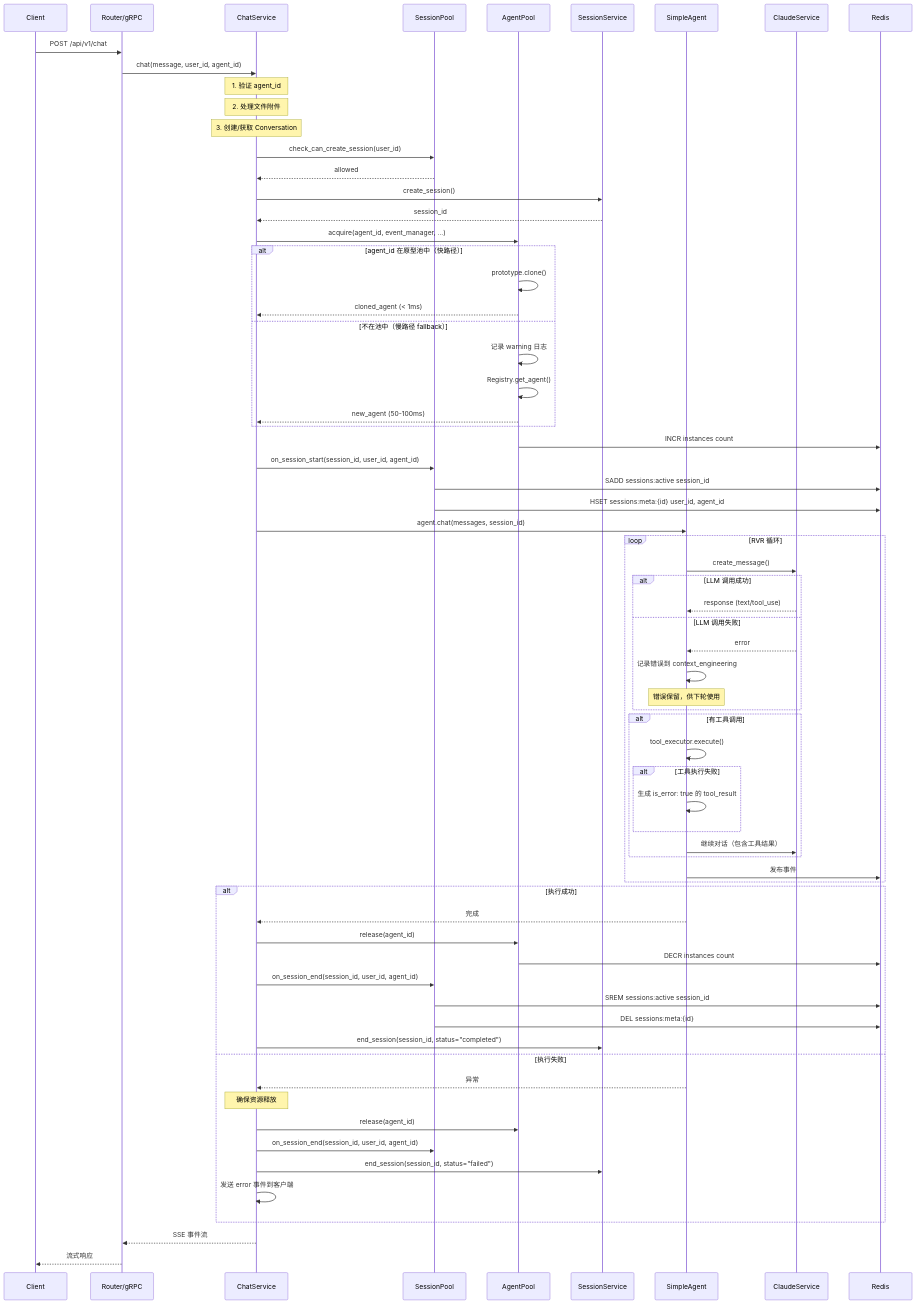
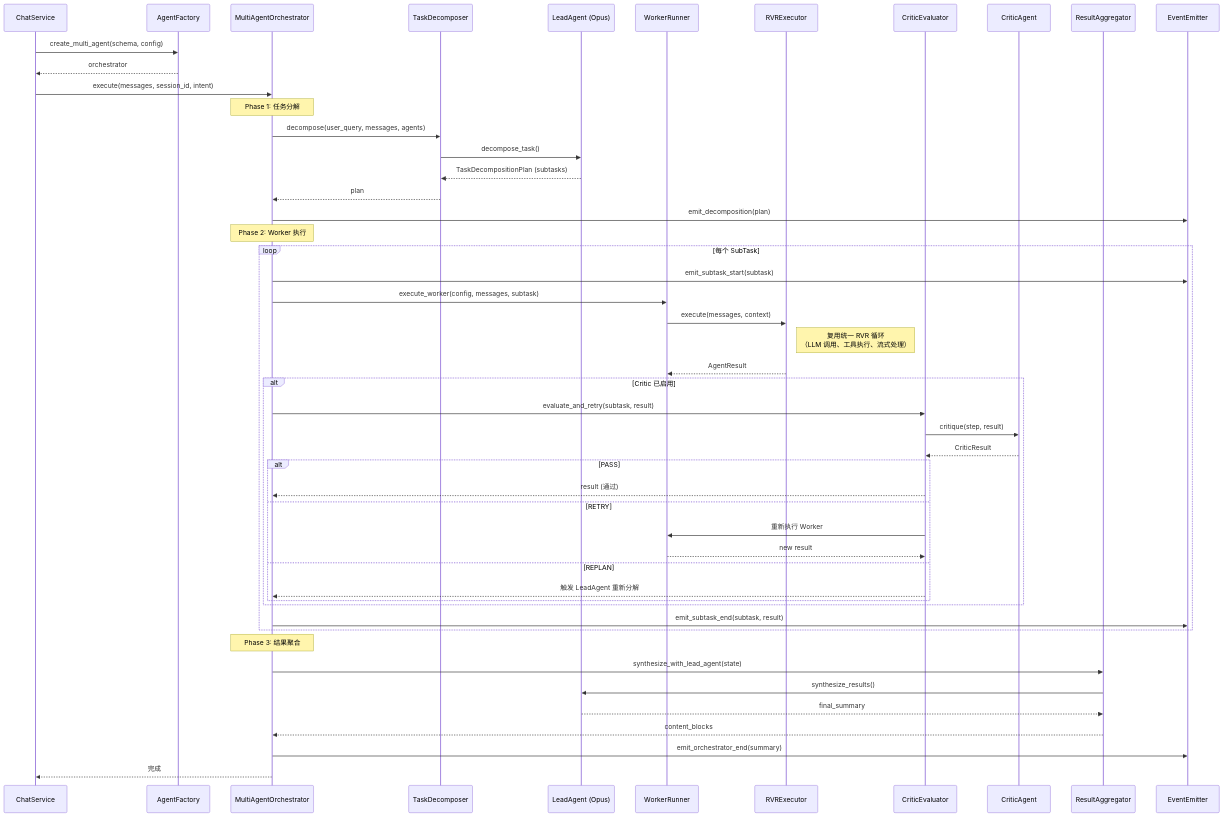
Before and after one commit to malue-ai/dazee-small: the third of 6 diagrams in docs/architecture/SYSTEM_ARCHITECTURE.md, drawn with Mermaid. The commit also changed other lines of this file and 704 other files, not shown here.

````diff
--- a/docs/architecture/SYSTEM_ARCHITECTURE.md
+++ b/docs/architecture/SYSTEM_ARCHITECTURE.md
@@ -355,86 +519,60 @@
 ```mermaid
 sequenceDiagram
-    participant C as Client
-    participant R as Router/gRPC
     participant CS as ChatService
-    participant SP as SessionPool
-    participant AP as AgentPool
-    participant SS as SessionService
-    participant SA as SimpleAgent
-    participant LLM as ClaudeService
-    participant Redis as Redis
+    participant Factory as AgentFactory
+    participant Orch as MultiAgentOrchestrator
+    participant TD as TaskDecomposer
+    participant Lead as LeadAgent (Opus)
+    participant WR as WorkerRunner
+    participant RVR as RVRExecutor
+    participant CE as CriticEvaluator
+    participant Critic as CriticAgent
+    participant RA as ResultAggregator
+    participant EE as EventEmitter
 
-    C->>R: POST /api/v1/chat
-    R->>CS: chat(message, user_id, agent_id)
-    
-    Note over CS: 1. 验证 agent_id
-    Note over CS: 2. 处理文件附件
-    Note over CS: 3. 创建/获取 Conversation
-    
-    CS->>SP: check_can_create_session(user_id)
-    SP-->>CS: allowed
-    
-    CS->>SS: create_session()
-    SS-->>CS: session_id
-    
-    CS->>AP: acquire(agent_id, event_manager, ...)
-    
-    alt agent_id 在原型池中（快路径）
-        AP->>AP: prototype.clone()
-        AP-->>CS: cloned_agent (< 1ms)
-    else 不在池中（慢路径 fallback）
-        AP->>AP: 记录 warning 日志
-        AP->>AP: Registry.get_agent()
-        AP-->>CS: new_agent (50-100ms)
+    CS->>Factory: create_multi_agent(schema, config)
+    Factory-->>CS: orchestrator
+
+    CS->>Orch: execute(messages, session_id, intent)
+
+    Note over Orch: Phase 1: 任务分解
+    Orch->>TD: decompose(user_query, messages, agents)
+    TD->>Lead: decompose_task()
+    Lead-->>TD: TaskDecompositionPlan (subtasks)
+    TD-->>Orch: plan
+    Orch->>EE: emit_decomposition(plan)
+
+    Note over Orch: Phase 2: Worker 执行
+    loop 每个 SubTask
+        Orch->>EE: emit_subtask_start(subtask)
+        Orch->>WR: execute_worker(config, messages, subtask)
+        WR->>RVR: execute(messages, context)
+        Note right of RVR: 复用统一 RVR 循环<br/>（LLM 调用、工具执行、流式处理）
+        RVR-->>WR: AgentResult
+
+        alt Critic 已启用
+            Orch->>CE: evaluate_and_retry(subtask, result)
+            CE->>Critic: critique(step, result)
+            Critic-->>CE: CriticResult
+            alt PASS
+                CE-->>Orch: result (通过)
+            else RETRY
+                CE->>WR: 重新执行 Worker
+                WR-->>CE: new result
+            else REPLAN
+                CE-->>Orch: 触发 LeadAgent 重新分解
+            end
+        end
+
+        Orch->>EE: emit_subtask_end(subtask, result)
     end
-    
-    AP->>Redis: INCR instances count
-    
-    CS->>SP: on_session_start(session_id, user_id, agent_id)
-    SP->>Redis: SADD sessions:active session_id
-    SP->>Redis: HSET sessions:meta:{id} user_id, agent_id
-    
-    CS->>SA: agent.chat(messages, session_id)
-    
-    loop RVR 循环
-        SA->>LLM: create_message()
-        
-        alt LLM 调用成功
-            LLM-->>SA: response (text/tool_use)
-        else LLM 调用失败
-            LLM-->>SA: error
-            SA->>SA: 记录错误到 context_engineering
-            Note over SA: 错误保留，供下轮使用
-        end
-        
-        alt 有工具调用
-            SA->>SA: tool_executor.execute()
-            alt 工具执行失败
-                SA->>SA: 生成 is_error: true 的 tool_result
-            end
-            SA->>LLM: 继续对话（包含工具结果）
-        end
-        
-        SA->>Redis: 发布事件
-    end
-    
-    alt 执行成功
-        SA-->>CS: 完成
-        CS->>AP: release(agent_id)
-        AP->>Redis: DECR instances count
-        CS->>SP: on_session_end(session_id, user_id, agent_id)
-        SP->>Redis: SREM sessions:active session_id
-        SP->>Redis: DEL sessions:meta:{id}
-        CS->>SS: end_session(session_id, status="completed")
-    else 执行失败
-        SA-->>CS: 异常
-        Note over CS: 确保资源释放
-        CS->>AP: release(agent_id)
-        CS->>SP: on_session_end(session_id, user_id, agent_id)
-        CS->>SS: end_session(session_id, status="failed")
-        CS->>CS: 发送 error 事件到客户端
-    end
-    
-    CS-->>R: SSE 事件流
-    R-->>C: 流式响应
+
+    Note over Orch: Phase 3: 结果聚合
+    Orch->>RA: synthesize_with_lead_agent(state)
+    RA->>Lead: synthesize_results()
+    Lead-->>RA: final_summary
+    RA-->>Orch: content_blocks
+
+    Orch->>EE: emit_orchestrator_end(summary)
+    Orch-->>CS: 完成
 ```
````
